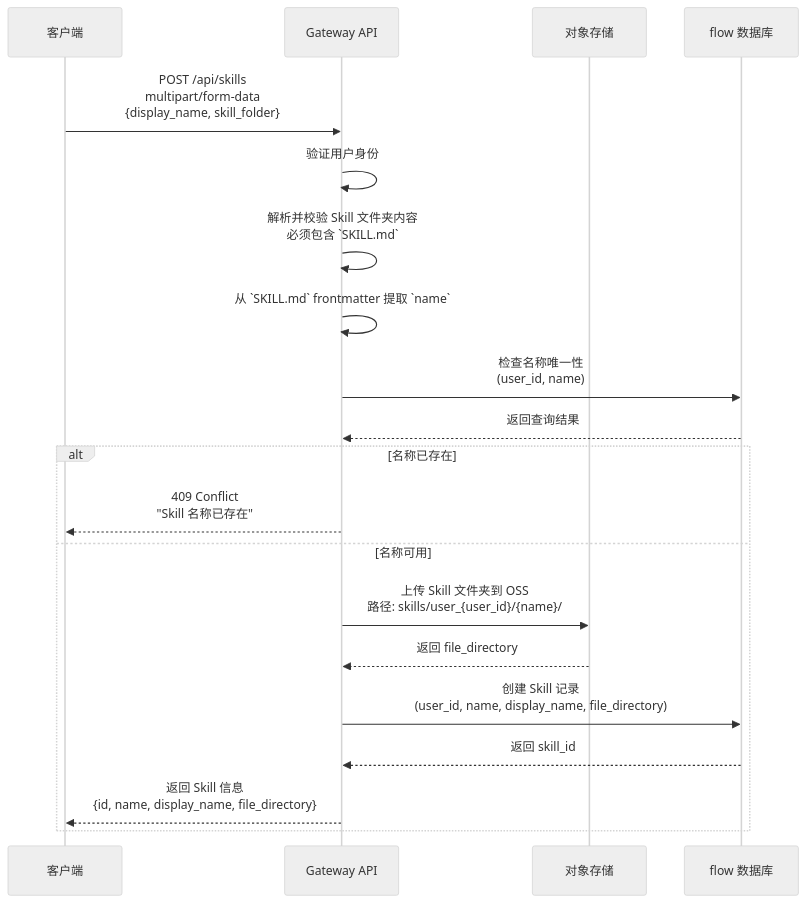
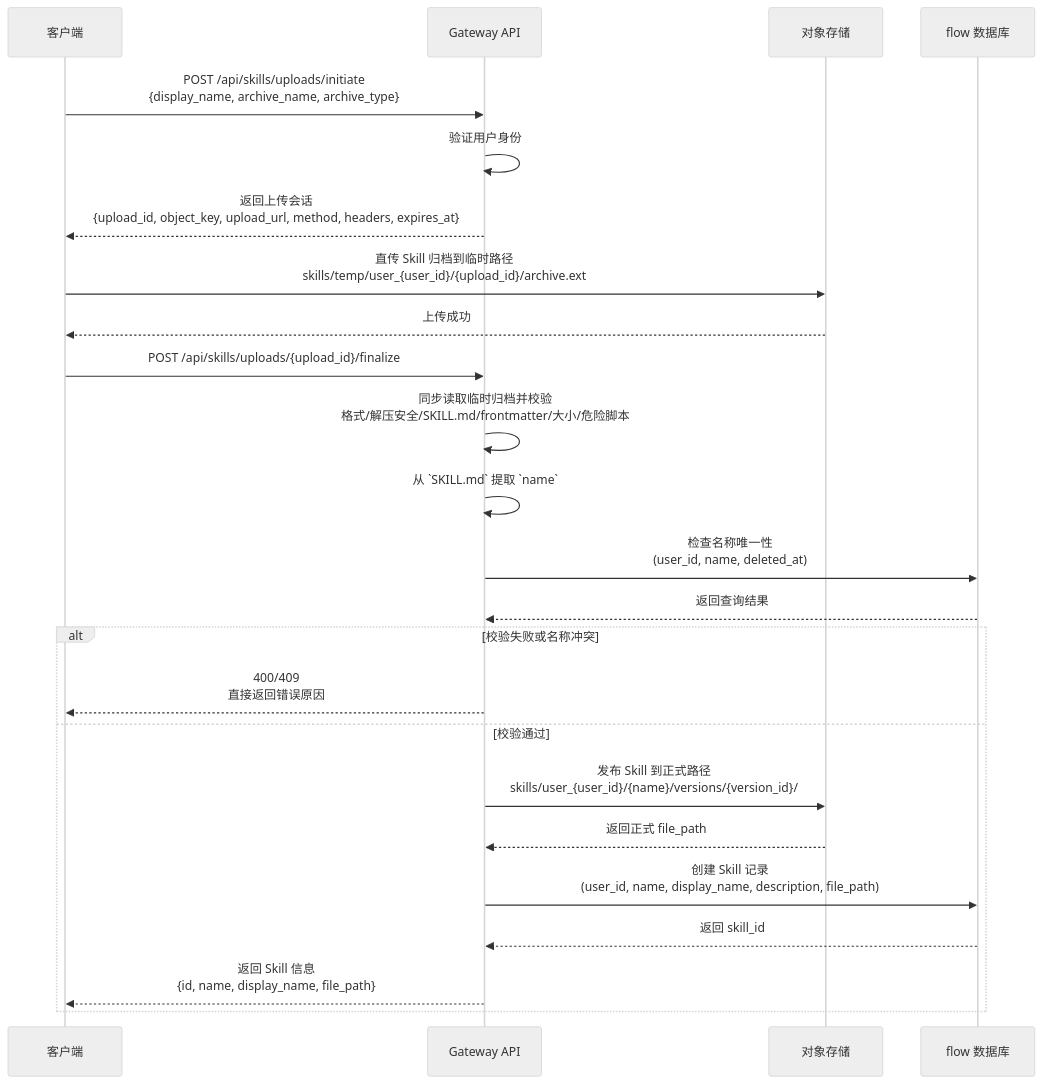
Before and after one commit to early-chinese-civilization/deer-flow: the sixth of 14 diagrams in DeerFlow接口时序图.md, drawn with Mermaid (neutral theme). The commit also changed other lines of this file and 4 other files, not shown here.

````diff
--- a/DeerFlow接口时序图.md
+++ b/DeerFlow接口时序图.md
@@ -183,27 +197,33 @@
 ```mermaid
 sequenceDiagram
     participant Client as 客户端
     participant Gateway as Gateway API
     participant OSS as 对象存储
     participant DB as flow 数据库
     
-    Client->>Gateway: POST /api/skills<br/>multipart/form-data<br/>{display_name, skill_folder}
+    Client->>Gateway: POST /api/skills/uploads/initiate<br/>{display_name, archive_name, archive_type}
     Gateway->>Gateway: 验证用户身份
-    Gateway->>Gateway: 解析并校验 Skill 文件夹内容<br/>必须包含 `SKILL.md`
-    Gateway->>Gateway: 从 `SKILL.md` frontmatter 提取 `name`
+    Gateway-->>Client: 返回上传会话<br/>{upload_id, object_key, upload_url, method, headers, expires_at}
     
-    Gateway->>DB: 检查名称唯一性<br/>(user_id, name)
+    Client->>OSS: 直传 Skill 归档到临时路径<br/>skills/temp/user_{user_id}/{upload_id}/archive.ext
+    OSS-->>Client: 上传成功
+    
+    Client->>Gateway: POST /api/skills/uploads/{upload_id}/finalize
+    Gateway->>Gateway: 同步读取临时归档并校验<br/>格式/解压安全/SKILL.md/frontmatter/大小/危险脚本
+    Gateway->>Gateway: 从 `SKILL.md` 提取 `name`
+    
+    Gateway->>DB: 检查名称唯一性<br/>(user_id, name, deleted_at)
     DB-->>Gateway: 返回查询结果
     
-    alt 名称已存在
-        Gateway-->>Client: 409 Conflict<br/>"Skill 名称已存在"
-    else 名称可用
-        Gateway->>OSS: 上传 Skill 文件夹到 OSS<br/>路径: skills/user_{user_id}/{name}/
-        OSS-->>Gateway: 返回 file_directory
+    alt 校验失败或名称冲突
+        Gateway-->>Client: 400/409<br/>直接返回错误原因
+    else 校验通过
+        Gateway->>OSS: 发布 Skill 到正式路径<br/>skills/user_{user_id}/{name}/versions/{version_id}/
+        OSS-->>Gateway: 返回正式 file_path
         
-        Gateway->>DB: 创建 Skill 记录<br/>(user_id, name, display_name, file_directory)
+        Gateway->>DB: 创建 Skill 记录<br/>(user_id, name, display_name, description, file_path)
         DB-->>Gateway: 返回 skill_id
         
-        Gateway-->>Client: 返回 Skill 信息<br/>{id, name, display_name, file_directory}
+        Gateway-->>Client: 返回 Skill 信息<br/>{id, name, display_name, file_path}
     end
 ```
````
